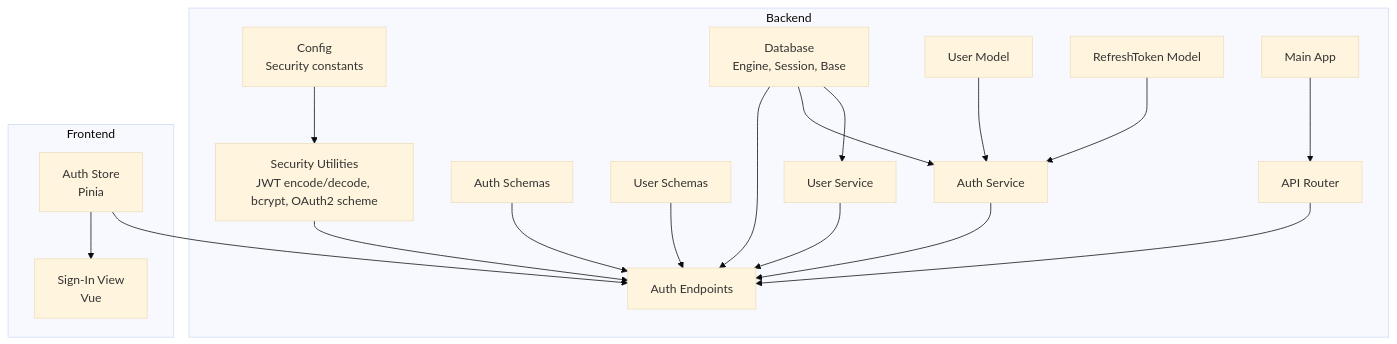
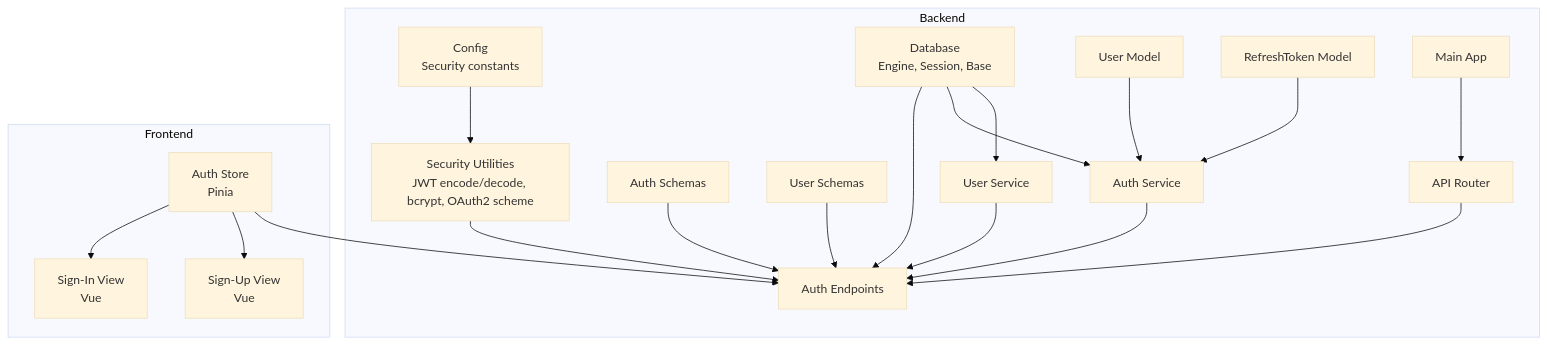
The first of 8 diagrams in .qoder/repowiki/en/content/Authentication & Authorization System/Authentication & Authorization System.md (Nikita5543/New-SSO-02), drawn with Mermaid (base theme) before and after one commit. The commit also changed other lines of this file and 2 other files, not shown here.

````diff
--- a/.qoder/repowiki/en/content/Authentication & Authorization System/Authentication & Authorization System.md
+++ b/.qoder/repowiki/en/content/Authentication & Authorization System/Authentication & Authorization System.md
@@ -46,36 +54,38 @@
 ```mermaid
 graph TB
 subgraph "Backend"
 CFG["Config<br/>Security constants"]
 SEC["Security Utilities<br/>JWT encode/decode, bcrypt, OAuth2 scheme"]
 DB["Database<br/>Engine, Session, Base"]
 MDL_USER["User Model"]
 MDL_RT["RefreshToken Model"]
 SCH_AUTH["Auth Schemas"]
 SCH_USER["User Schemas"]
 SVC_AUTH["Auth Service"]
 SVC_USER["User Service"]
 API_AUTH["Auth Endpoints"]
 API_ROUTER["API Router"]
 MAIN["Main App"]
 end
 subgraph "Frontend"
 FE_STORE["Auth Store<br/>Pinia"]
 FE_VIEW["Sign-In View<br/>Vue"]
+FE_SIGNUP["Sign-Up View<br/>Vue"]
 end
 CFG --> SEC
 SEC --> API_AUTH
 DB --> API_AUTH
 DB --> SVC_AUTH
 DB --> SVC_USER
 MDL_USER --> SVC_AUTH
 MDL_RT --> SVC_AUTH
 SCH_AUTH --> API_AUTH
 SCH_USER --> API_AUTH
 SVC_AUTH --> API_AUTH
 SVC_USER --> API_AUTH
 API_ROUTER --> API_AUTH
 MAIN --> API_ROUTER
 FE_STORE --> FE_VIEW
+FE_STORE --> FE_SIGNUP
 FE_STORE --> API_AUTH
 ```
````
